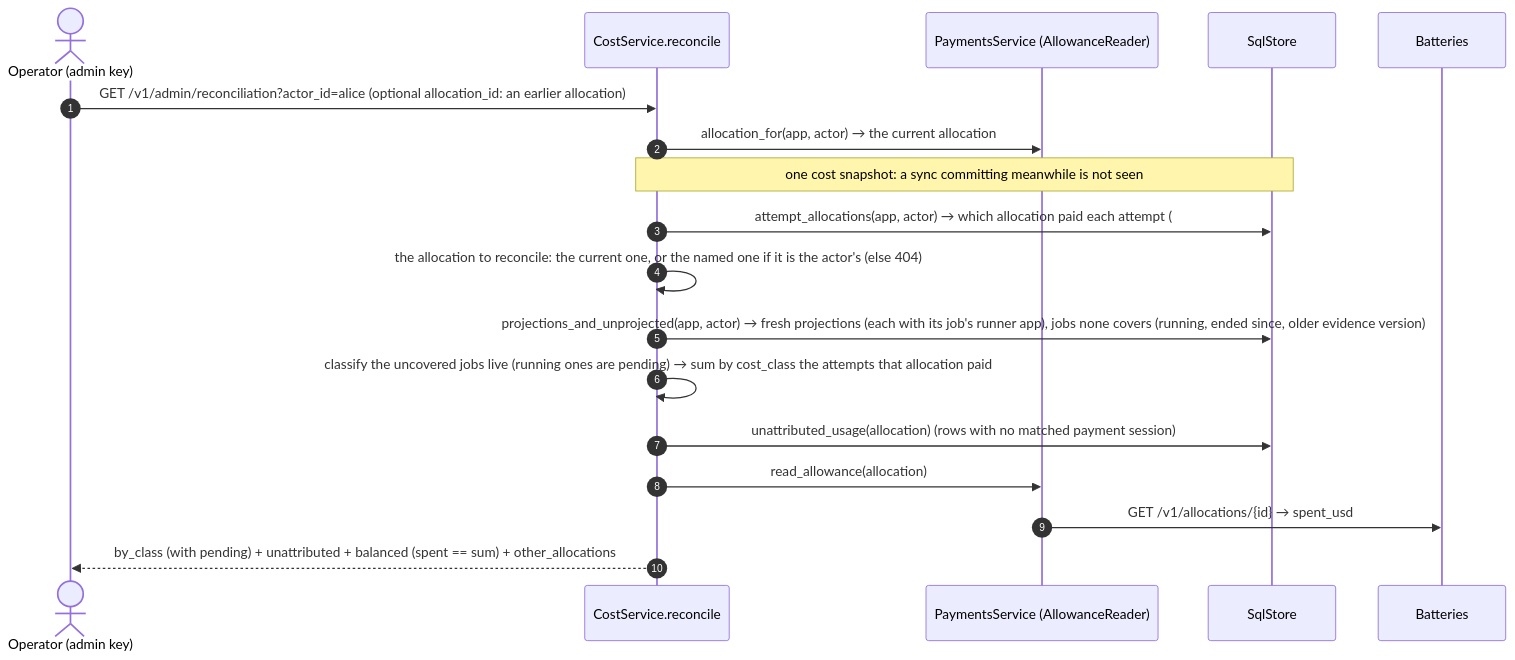
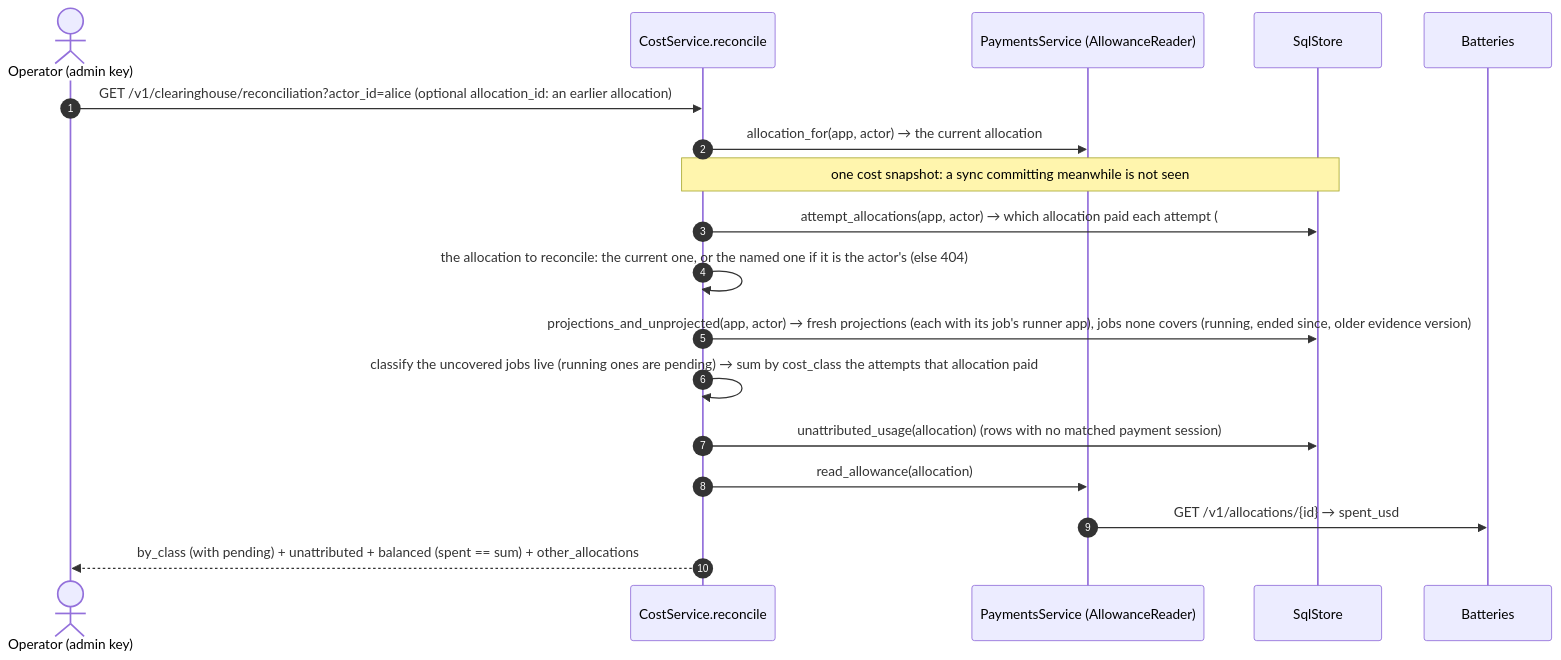
One commit to NE-Build-Track/livepeer-builder-core changed the eighth of 12 diagrams in docs/design-docs/architecture-diagrams.md. Above: the diagram before and after it, drawn with Mermaid. The commit also changed other lines of this file and 24 other files, not shown here.

First line of the commit message:
refactor(http)!: the admin routes sit under /v1/clearinghouse (#163)

````diff
--- a/docs/design-docs/architecture-diagrams.md
+++ b/docs/design-docs/architecture-diagrams.md
@@ -271,20 +271,20 @@
 ```mermaid
 sequenceDiagram
     autonumber
     actor Op as Operator (admin key)
     participant C as CostService.reconcile
     participant Pay as PaymentsService (AllowanceReader)
     participant DB as SqlStore
     participant Bat as Batteries
-    Op->>C: GET /v1/admin/reconciliation?actor_id=alice (optional allocation_id: an earlier allocation)
+    Op->>C: GET /v1/clearinghouse/reconciliation?actor_id=alice (optional allocation_id: an earlier allocation)
     C->>Pay: allocation_for(app, actor) → the current allocation
     Note over C,DB: one cost snapshot: a sync committing meanwhile is not seen
     C->>DB: attempt_allocations(app, actor) → which allocation paid each attempt (#115, C9)
     C->>C: the allocation to reconcile: the current one, or the named one if it is the actor's (else 404)
     C->>DB: projections_and_unprojected(app, actor) → fresh projections (each with its job's runner app), jobs none covers (running, ended since, older evidence version)
     C->>C: classify the uncovered jobs live (running ones are pending) → sum by cost_class the attempts that allocation paid
     C->>DB: unattributed_usage(allocation) (rows with no matched payment session)
     C->>Pay: read_allowance(allocation)
     Pay->>Bat: GET /v1/allocations/{id} → spent_usd
     C-->>Op: by_class (with pending) + unattributed + balanced (spent == sum) + other_allocations
 ```
````
